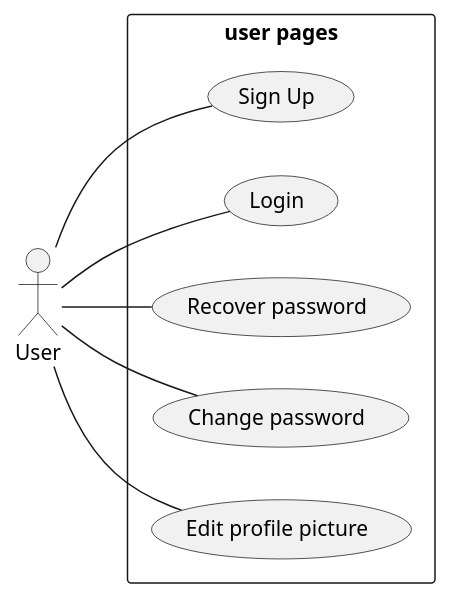
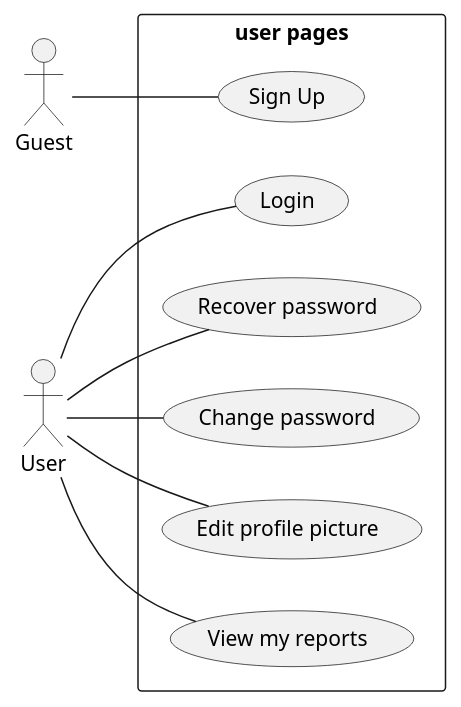
One commit to GiorgioUghini/SafeStreets changed the first of 2 diagrams in RASD/materials/uml/useCases/useCaseDiagrams.wsd. Above: the diagram before and after it, drawn with PlantUML.

Commit message:
Add guest to diagrams

```diff
--- a/RASD/materials/uml/useCases/useCaseDiagrams.wsd
+++ b/RASD/materials/uml/useCases/useCaseDiagrams.wsd
@@ -1,13 +1,15 @@
 @startuml uc_user_page
     left to right direction
     skinparam packageStyle rectangle
 
+    actor Guest as G
     actor User as U
     rectangle "user pages" {
-        U -- (Sign Up)
+        G -- (Sign Up)
         U -- (Login)
         U -- (Recover password)
         U -- (Change password)
         U -- (Edit profile picture)
+        U -- (View my reports)
     }
 @enduml
```
